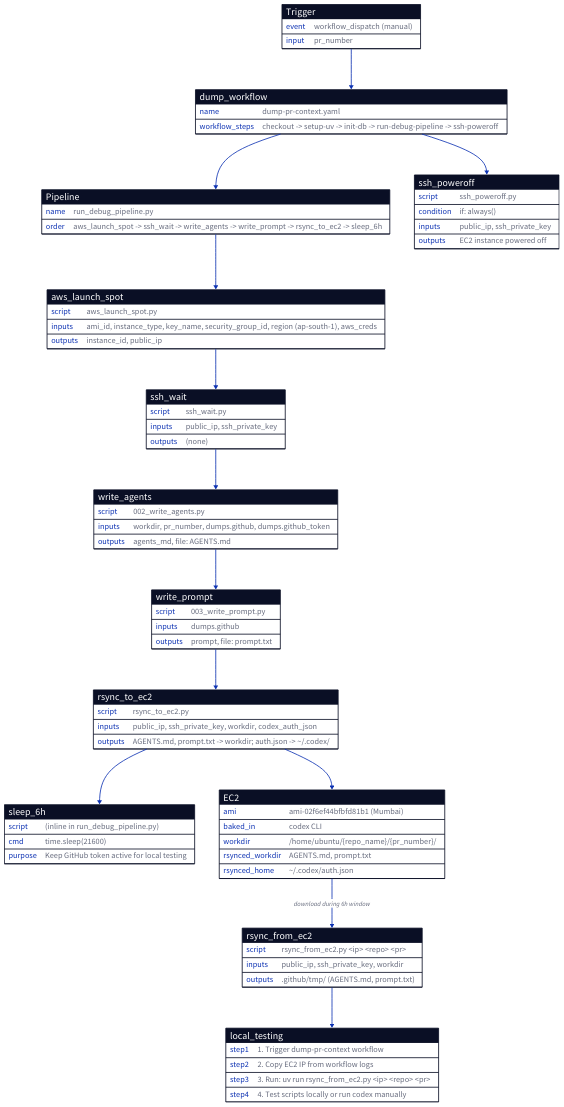
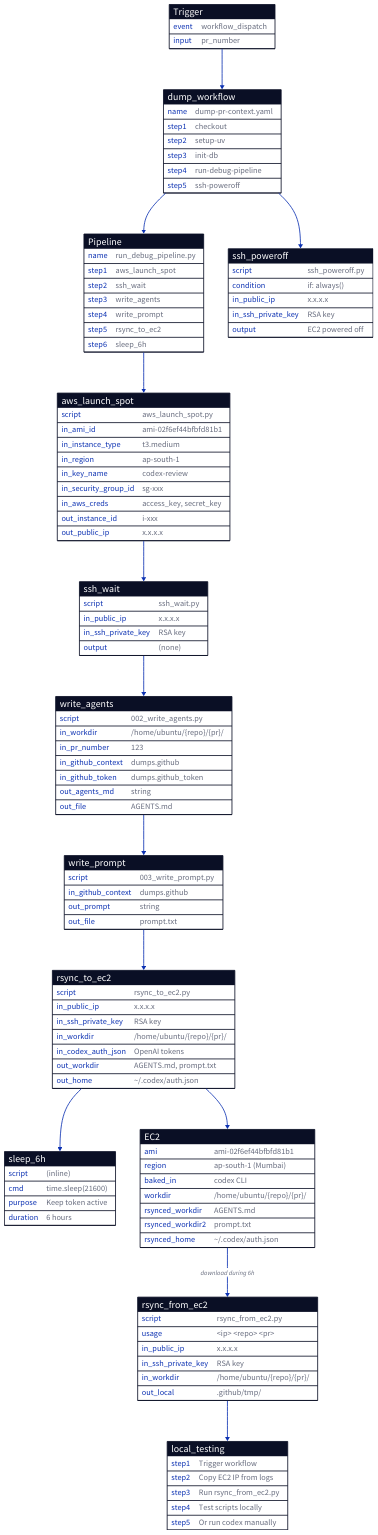
The diagram in flow_diagrams/debug_flow.d2 (fossh/codex-code-review-poc1), drawn with D2 before and after one commit. The commit also changed 1 other file, not shown here.

```diff
--- a/flow_diagrams/debug_flow.d2
+++ b/flow_diagrams/debug_flow.d2
@@ -1,114 +1,147 @@
 direction: down
 
 # Debug/Local Testing Flow
 
 # Trigger
 Trigger: {
   shape: sql_table
-  event: "workflow_dispatch (manual)"
+  event: "workflow_dispatch"
   input: "pr_number"
 }
 
 # Dump Workflow
 dump_workflow: {
   shape: sql_table
   name: "dump-pr-context.yaml"
-  workflow_steps: "checkout -> setup-uv -> init-db -> run-debug-pipeline -> ssh-poweroff"
+  step1: "checkout"
+  step2: "setup-uv"
+  step3: "init-db"
+  step4: "run-debug-pipeline"
+  step5: "ssh-poweroff"
 }
 
 Trigger -> dump_workflow
 
 # Debug Pipeline
 Pipeline: {
   shape: sql_table
   name: "run_debug_pipeline.py"
-  order: "aws_launch_spot -> ssh_wait -> write_agents -> write_prompt -> rsync_to_ec2 -> sleep_6h"
+  step1: "aws_launch_spot"
+  step2: "ssh_wait"
+  step3: "write_agents"
+  step4: "write_prompt"
+  step5: "rsync_to_ec2"
+  step6: "sleep_6h"
 }
 
 aws_launch_spot: {
   shape: sql_table
   script: "aws_launch_spot.py"
-  inputs: "ami_id, instance_type, key_name, security_group_id, region (ap-south-1), aws_creds"
-  outputs: "instance_id, public_ip"
+  in_ami_id: "ami-02f6ef44bfbfd81b1"
+  in_instance_type: "t3.medium"
+  in_region: "ap-south-1"
+  in_key_name: "codex-review"
+  in_security_group_id: "sg-xxx"
+  in_aws_creds: "access_key, secret_key"
+  out_instance_id: "i-xxx"
+  out_public_ip: "x.x.x.x"
 }
 
 ssh_wait: {
   shape: sql_table
   script: "ssh_wait.py"
-  inputs: "public_ip, ssh_private_key"
-  outputs: "(none)"
+  in_public_ip: "x.x.x.x"
+  in_ssh_private_key: "RSA key"
+  output: "(none)"
 }
 
 write_agents: {
   shape: sql_table
   script: "002_write_agents.py"
-  inputs: "workdir, pr_number, dumps.github, dumps.github_token"
-  outputs: "agents_md, file: AGENTS.md"
+  in_workdir: "/home/ubuntu/{repo}/{pr}/"
+  in_pr_number: "123"
+  in_github_context: "dumps.github"
+  in_github_token: "dumps.github_token"
+  out_agents_md: "string"
+  out_file: "AGENTS.md"
 }
 
 write_prompt: {
   shape: sql_table
   script: "003_write_prompt.py"
-  inputs: "dumps.github"
-  outputs: "prompt, file: prompt.txt"
+  in_github_context: "dumps.github"
+  out_prompt: "string"
+  out_file: "prompt.txt"
 }
 
 rsync_to_ec2: {
   shape: sql_table
   script: "rsync_to_ec2.py"
-  inputs: "public_ip, ssh_private_key, workdir, codex_auth_json"
-  outputs: "AGENTS.md, prompt.txt -> workdir; auth.json -> ~/.codex/"
+  in_public_ip: "x.x.x.x"
+  in_ssh_private_key: "RSA key"
+  in_workdir: "/home/ubuntu/{repo}/{pr}/"
+  in_codex_auth_json: "OpenAI tokens"
+  out_workdir: "AGENTS.md, prompt.txt"
+  out_home: "~/.codex/auth.json"
 }
 
 sleep_6h: {
   shape: sql_table
-  script: "(inline in run_debug_pipeline.py)"
+  script: "(inline)"
   cmd: "time.sleep(21600)"
-  purpose: "Keep GitHub token active for local testing"
+  purpose: "Keep token active"
+  duration: "6 hours"
 }
 
 ssh_poweroff: {
   shape: sql_table
   script: "ssh_poweroff.py"
   condition: "if: always()"
-  inputs: "public_ip, ssh_private_key"
-  outputs: "EC2 instance powered off"
+  in_public_ip: "x.x.x.x"
+  in_ssh_private_key: "RSA key"
+  output: "EC2 powered off"
 }
 
 dump_workflow -> Pipeline
 Pipeline -> aws_launch_spot -> ssh_wait -> write_agents -> write_prompt
 write_prompt -> rsync_to_ec2 -> sleep_6h
 dump_workflow -> ssh_poweroff
 
-# EC2 Instance (pre-baked AMI)
+# EC2 Instance
 EC2: {
   shape: sql_table
-  ami: "ami-02f6ef44bfbfd81b1 (Mumbai)"
+  ami: "ami-02f6ef44bfbfd81b1"
+  region: "ap-south-1 (Mumbai)"
   baked_in: "codex CLI"
-  workdir: "/home/ubuntu/{repo_name}/{pr_number}/"
-  rsynced_workdir: "AGENTS.md, prompt.txt"
+  workdir: "/home/ubuntu/{repo}/{pr}/"
+  rsynced_workdir: "AGENTS.md"
+  rsynced_workdir2: "prompt.txt"
   rsynced_home: "~/.codex/auth.json"
 }
 
 rsync_to_ec2 -> EC2
 
 # Local Download
 rsync_from_ec2: {
   shape: sql_table
-  script: "rsync_from_ec2.py <ip> <repo> <pr>"
-  inputs: "public_ip, ssh_private_key, workdir"
-  outputs: ".github/tmp/ (AGENTS.md, prompt.txt)"
+  script: "rsync_from_ec2.py"
+  usage: "<ip> <repo> <pr>"
+  in_public_ip: "x.x.x.x"
+  in_ssh_private_key: "RSA key"
+  in_workdir: "/home/ubuntu/{repo}/{pr}/"
+  out_local: ".github/tmp/"
 }
 
-EC2 -> rsync_from_ec2: "download during 6h window"
+EC2 -> rsync_from_ec2: "download during 6h"
 
 # Local Testing Instructions
 local_testing: {
   shape: sql_table
-  step1: "1. Trigger dump-pr-context workflow"
-  step2: "2. Copy EC2 IP from workflow logs"
-  step3: "3. Run: uv run rsync_from_ec2.py <ip> <repo> <pr>"
-  step4: "4. Test scripts locally or run codex manually"
+  step1: "Trigger workflow"
+  step2: "Copy EC2 IP from logs"
+  step3: "Run rsync_from_ec2.py"
+  step4: "Test scripts locally"
+  step5: "Or run codex manually"
 }
 
 rsync_from_ec2 -> local_testing
```
